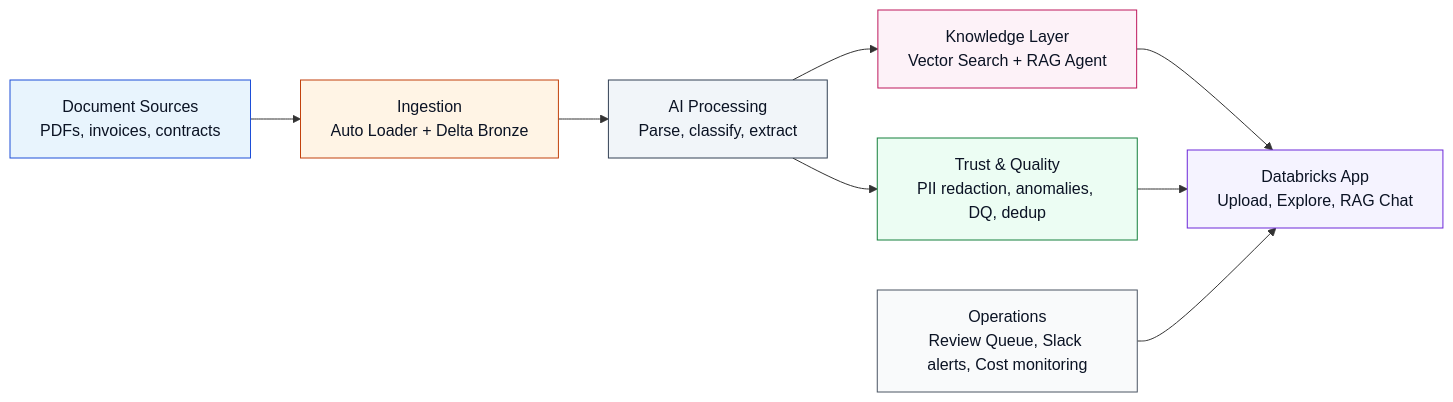
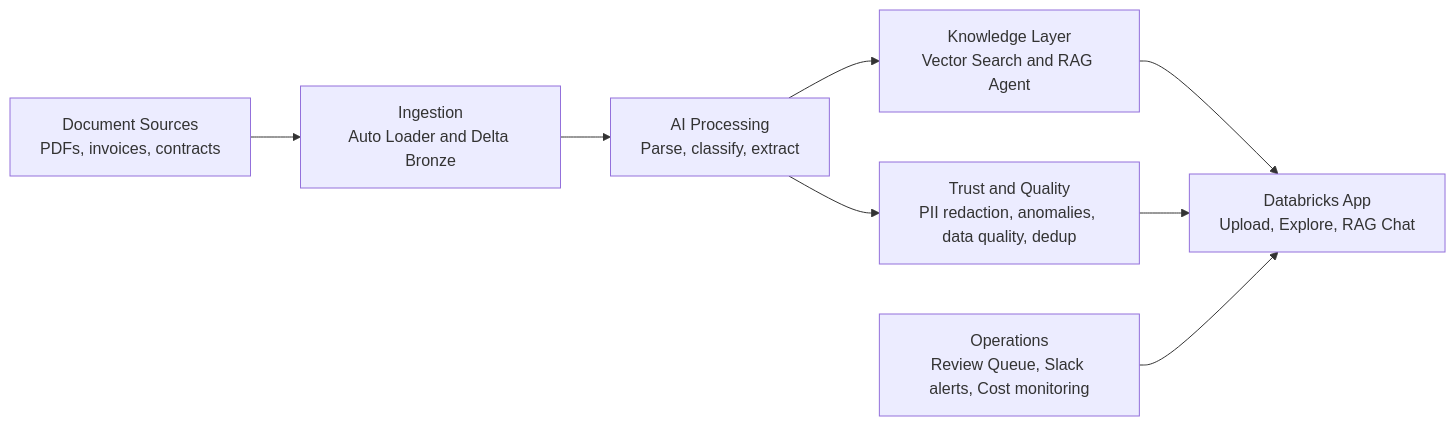
The first of 2 diagrams in README.md (PratikhyaManas/Document-Intelligence-Platform-Databricks), drawn with Mermaid before and after one commit. The commit also changed other lines of this file, not shown here.

````diff
--- a/README.md
+++ b/README.md
@@ -33,26 +33,10 @@
 ```mermaid
 flowchart LR
-   classDef source fill:#E8F4FD,stroke:#1D4ED8,stroke-width:1px,color:#0B1324;
-   classDef bronze fill:#FFF4E5,stroke:#C2410C,stroke-width:1px,color:#0B1324;
-   classDef silver fill:#F1F5F9,stroke:#334155,stroke-width:1px,color:#0B1324;
-   classDef gold fill:#ECFDF3,stroke:#15803D,stroke-width:1px,color:#0B1324;
-   classDef ai fill:#FDF2F8,stroke:#BE185D,stroke-width:1px,color:#0B1324;
-   classDef app fill:#F5F3FF,stroke:#6D28D9,stroke-width:1px,color:#0B1324;
-   classDef ops fill:#F9FAFB,stroke:#4B5563,stroke-width:1px,color:#0B1324;
-
-   A[Document Sources\nPDFs, invoices, contracts] --> B[Ingestion\nAuto Loader + Delta Bronze]
+   A[Document Sources\nPDFs, invoices, contracts] --> B[Ingestion\nAuto Loader and Delta Bronze]
    B --> C[AI Processing\nParse, classify, extract]
-   C --> D[Knowledge Layer\nVector Search + RAG Agent]
-   C --> E[Trust & Quality\nPII redaction, anomalies, DQ, dedup]
+   C --> D[Knowledge Layer\nVector Search and RAG Agent]
+   C --> E[Trust and Quality\nPII redaction, anomalies, data quality, dedup]
    D --> F[Databricks App\nUpload, Explore, RAG Chat]
    E --> F
    G[Operations\nReview Queue, Slack alerts, Cost monitoring] --> F
-
-   class A source;
-   class B bronze;
-   class C silver;
-   class D ai;
-   class E gold;
-   class F app;
-   class G ops;
 ```
````
